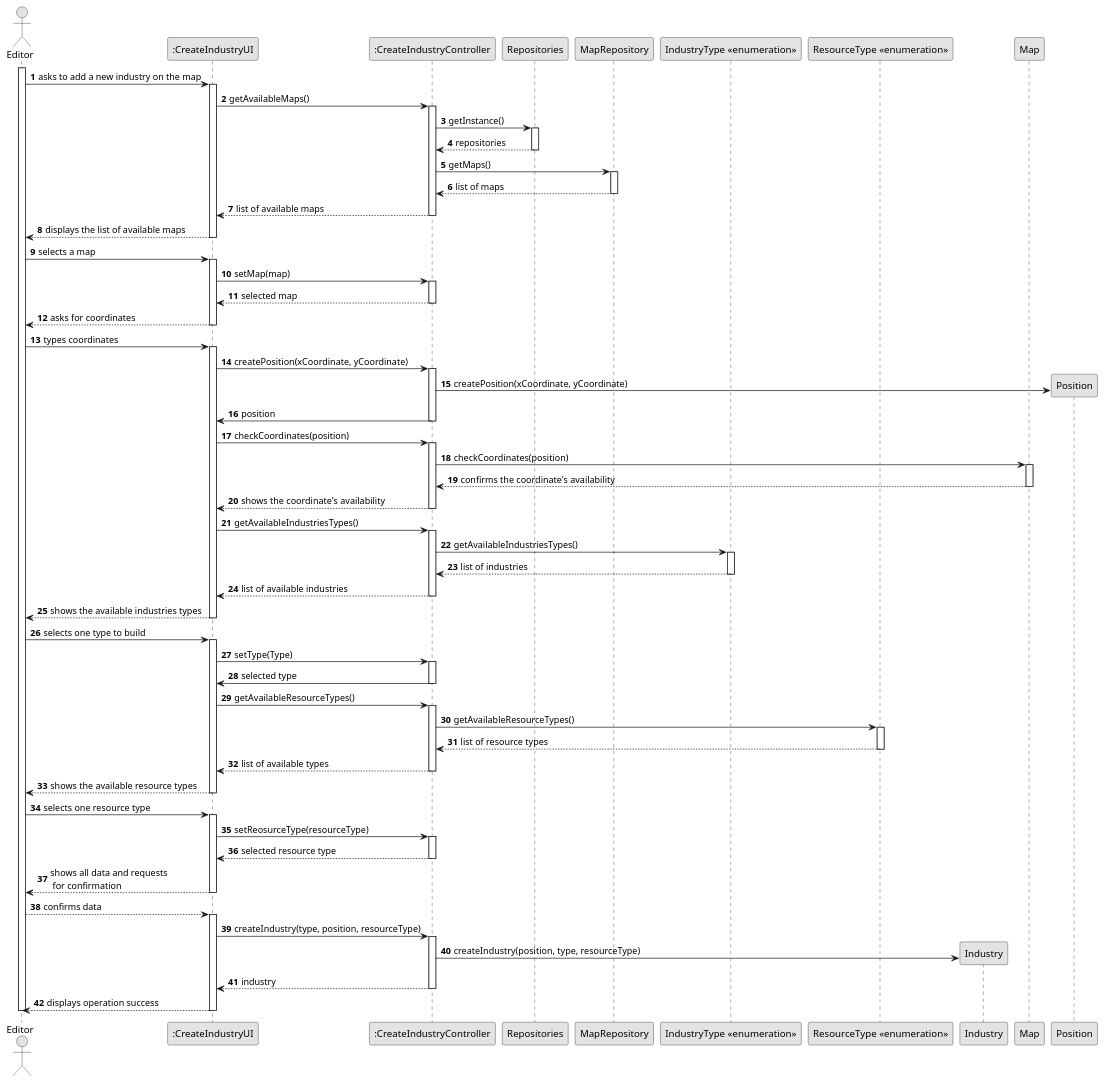
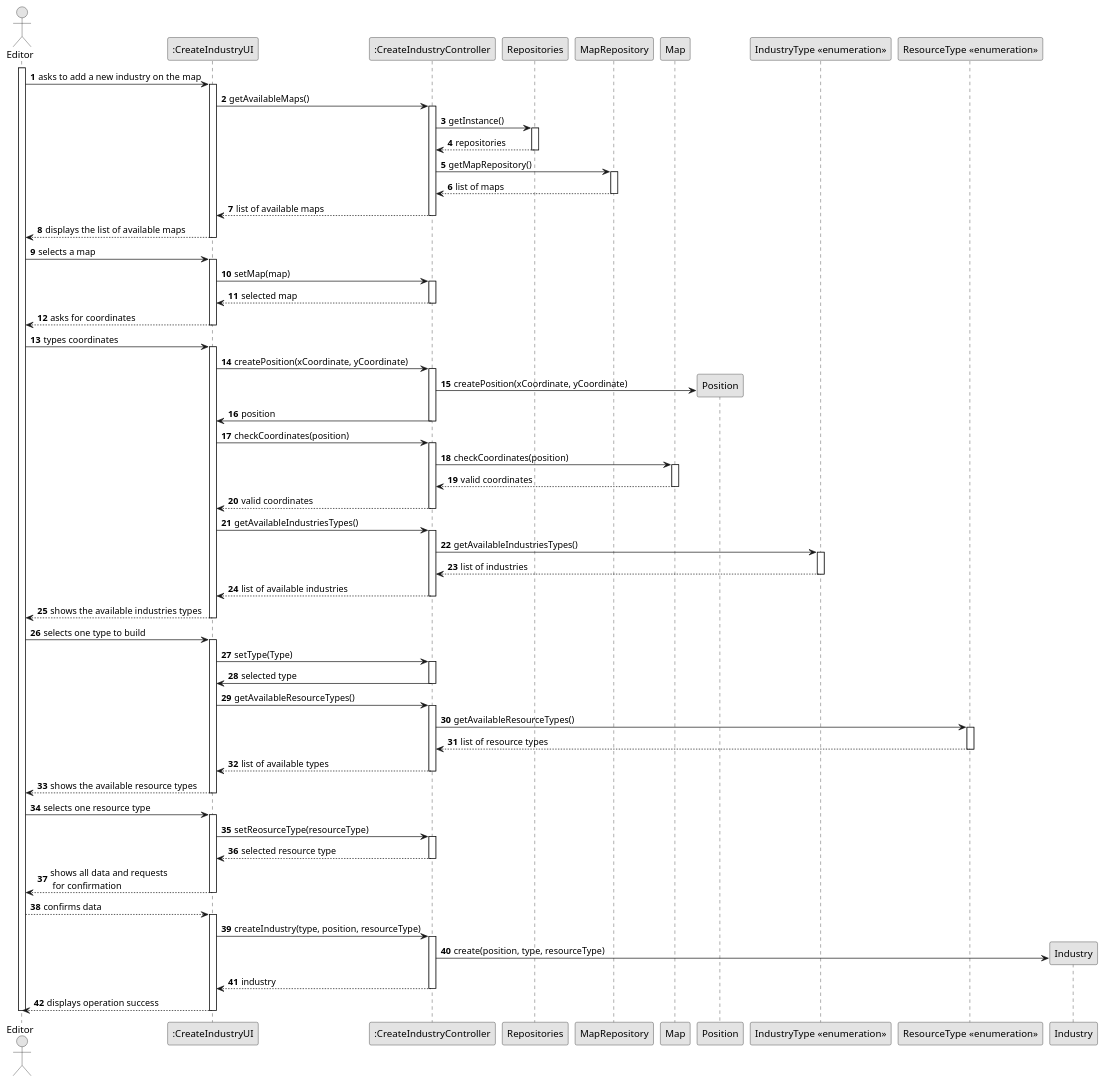
One commit to 1240935/pi2-railway-simulator changed the diagram in Sprint2/US002/03.design/puml/US002-SD-full.puml. Above: the diagram before and after it, drawn with PlantUML. The commit also changed 13 other files, not shown here.

```diff
--- a/Sprint2/US002/03.design/puml/US002-SD-full.puml
+++ b/Sprint2/US002/03.design/puml/US002-SD-full.puml
@@ -1,154 +1,155 @@
 @startuml
 skinparam monochrome true
 skinparam packageStyle rectangle
 skinparam shadowing false
 
 autonumber
 
  actor "Editor" as EDITOR
     participant ":CreateIndustryUI" as UI
     participant ":CreateIndustryController" as CTRL
     participant "Repositories" as REPOS
     participant "MapRepository" as MREPOS
+    participant "Map" as MAP
+    participant "Position" as POS
     participant "IndustryType <<enumeration>>" as TYPE
     participant "ResourceType <<enumeration>>" as RETYPE
     participant "Industry" as INDUSTRY
-    participant "Map" as MAP
-    participant "Position" as POS
 
 
 activate EDITOR
 
     EDITOR -> UI : asks to add a new industry on the map
     activate UI
 
     UI -> CTRL : getAvailableMaps()
     activate CTRL
 
     CTRL -> REPOS : getInstance()
     activate REPOS
 
     REPOS --> CTRL: repositories
     deactivate REPOS
 
-    CTRL -> MREPOS : getMaps()
+    CTRL -> MREPOS : getMapRepository()
     activate MREPOS
 
     MREPOS --> CTRL : list of maps
 
     deactivate MREPOS
 
     CTRL --> UI : list of available maps
     deactivate CTRL
 
     UI --> EDITOR : displays the list of available maps
 
     deactivate UI
 
     EDITOR -> UI : selects a map
 
     activate UI
 
     UI -> CTRL : setMap(map)
     activate CTRL
 
     CTRL --> UI : selected map
     deactivate CTRL
 
     UI --> EDITOR : asks for coordinates
     deactivate UI
 
     EDITOR -> UI : types coordinates
     activate UI
 
     UI -> CTRL : createPosition(xCoordinate, yCoordinate)
     activate CTRL
 
     CTRL ->POS** : createPosition(xCoordinate, yCoordinate)
 
 
     CTRL -> UI : position
     deactivate CTRL
 
     UI -> CTRL: checkCoordinates(position)
     activate CTRL
 
 
     CTRL -> MAP : checkCoordinates(position)
     activate MAP
 
-    MAP --> CTRL : confirms the coordinate's availability
+    MAP --> CTRL : valid coordinates
     deactivate MAP
 
-    CTRL --> UI : shows the coordinate's availability
+    CTRL --> UI : valid coordinates
     deactivate CTRL
 
     UI -> CTRL : getAvailableIndustriesTypes()
     activate CTRL
 
     CTRL -> TYPE : getAvailableIndustriesTypes()
     activate TYPE
 
     TYPE --> CTRL: list of industries
     deactivate TYPE
 
 
     CTRL --> UI : list of available industries
 
     deactivate CTRL
 
     UI --> EDITOR :shows the available industries types
 
     deactivate UI
 
     EDITOR -> UI :selects one type to build
     activate UI
 
     UI -> CTRL : setType(Type)
     activate CTRL
 
     CTRL -> UI : selected type
     deactivate CTRL
 
     UI -> CTRL: getAvailableResourceTypes()
     activate CTRL
 
     CTRL -> RETYPE : getAvailableResourceTypes()
     activate RETYPE
 
     RETYPE --> CTRL : list of resource types
     deactivate RETYPE
 
     CTRL --> UI : list of available types
     deactivate CTRL
 
     UI --> EDITOR : shows the available resource types
     deactivate UI
 
     EDITOR -> UI : selects one resource type
     activate UI
 
     UI -> CTRL: setReosurceType(resourceType)
     activate CTRL
 
     CTRL --> UI: selected resource type
     deactivate CTRL
 
     UI --> EDITOR: shows all data and requests \n for confirmation
     deactivate  UI
 
     EDITOR --> UI: confirms data
     activate UI
 
     UI -> CTRL : createIndustry(type, position, resourceType)
     activate CTRL
 
-    CTRL -> INDUSTRY** : createIndustry(position, type, resourceType)
+    CTRL -> INDUSTRY** : create(position, type, resourceType)
+    
 
     CTRL --> UI : industry
     deactivate CTRL
 
     UI --> EDITOR : displays operation success
     deactivate UI
     deactivate EDITOR
 @enduml
```
